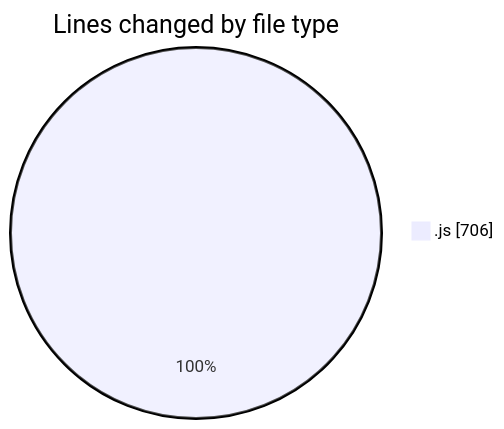
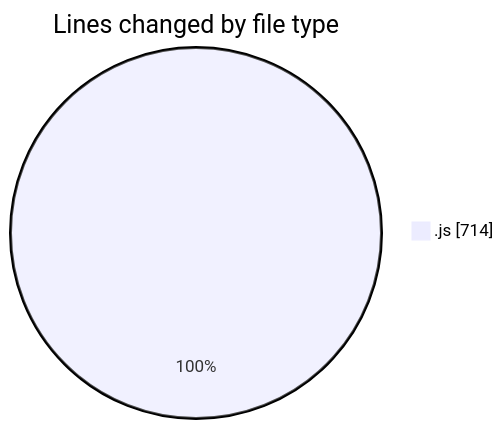
The first of 2 diagrams in 2025-03-13/cda/README.md (momahboobian/code-tracking), drawn with Mermaid before and after one commit. The commit also changed other lines of this file and 1 other file, not shown here.

````diff
--- a/2025-03-13/cda/README.md
+++ b/2025-03-13/cda/README.md
@@ -22,5 +22,5 @@
 ```mermaid
 pie showData
 title Lines changed by file type
-".js" : 706
+".js" : 714
 ```
````
